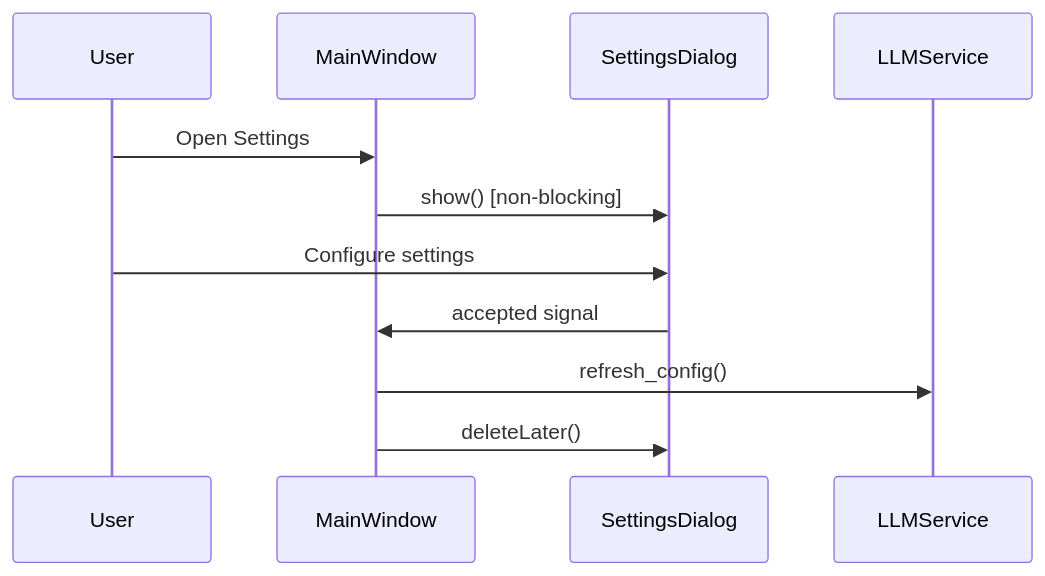
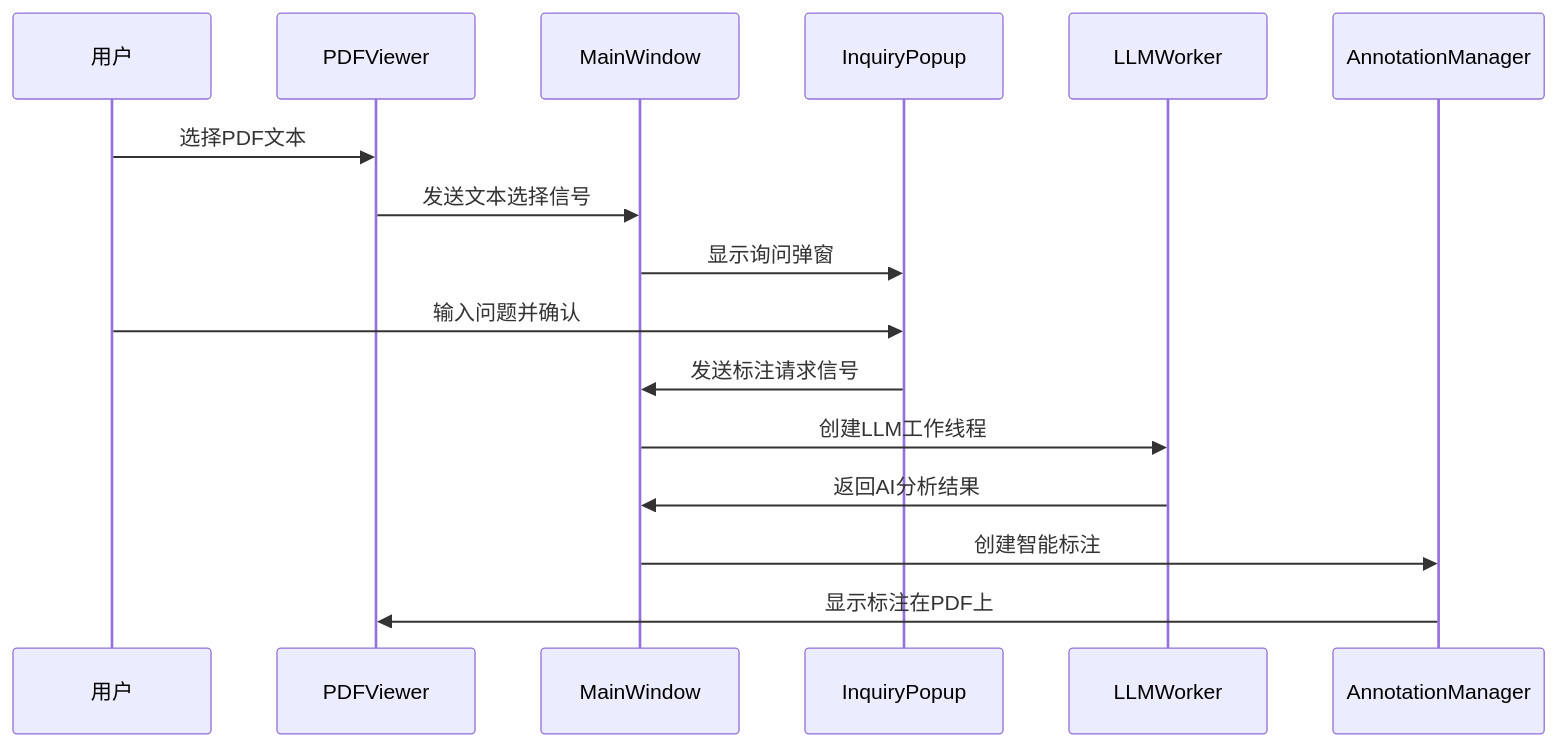
One commit to Jackela/ai_enhanced_pdf_scholar changed the fourth of 5 diagrams in PROJECT_DOCS.md. Above: the diagram before and after it, drawn with Mermaid. The commit also changed other lines of this file and 10 other files, not shown here.

````diff
--- a/PROJECT_DOCS.md
+++ b/PROJECT_DOCS.md
@@ -103,14 +176,19 @@
 ```mermaid
 sequenceDiagram
-    participant User
-    participant MainWindow
-    participant SettingsDialog
-    participant LLMService
+    participant U as 用户
+    participant PV as PDFViewer
+    participant MW as MainWindow
+    participant IP as InquiryPopup
+    participant LW as LLMWorker
+    participant AM as AnnotationManager
     
-    User->>MainWindow: Open Settings
-    MainWindow->>SettingsDialog: show() [non-blocking]
-    User->>SettingsDialog: Configure settings
-    SettingsDialog->>MainWindow: accepted signal
-    MainWindow->>LLMService: refresh_config()
-    MainWindow->>SettingsDialog: deleteLater()
+    U->>PV: 选择PDF文本
+    PV->>MW: 发送文本选择信号
+    MW->>IP: 显示询问弹窗
+    U->>IP: 输入问题并确认
+    IP->>MW: 发送标注请求信号
+    MW->>LW: 创建LLM工作线程
+    LW->>MW: 返回AI分析结果
+    MW->>AM: 创建智能标注
+    AM->>PV: 显示标注在PDF上
 ```
````
